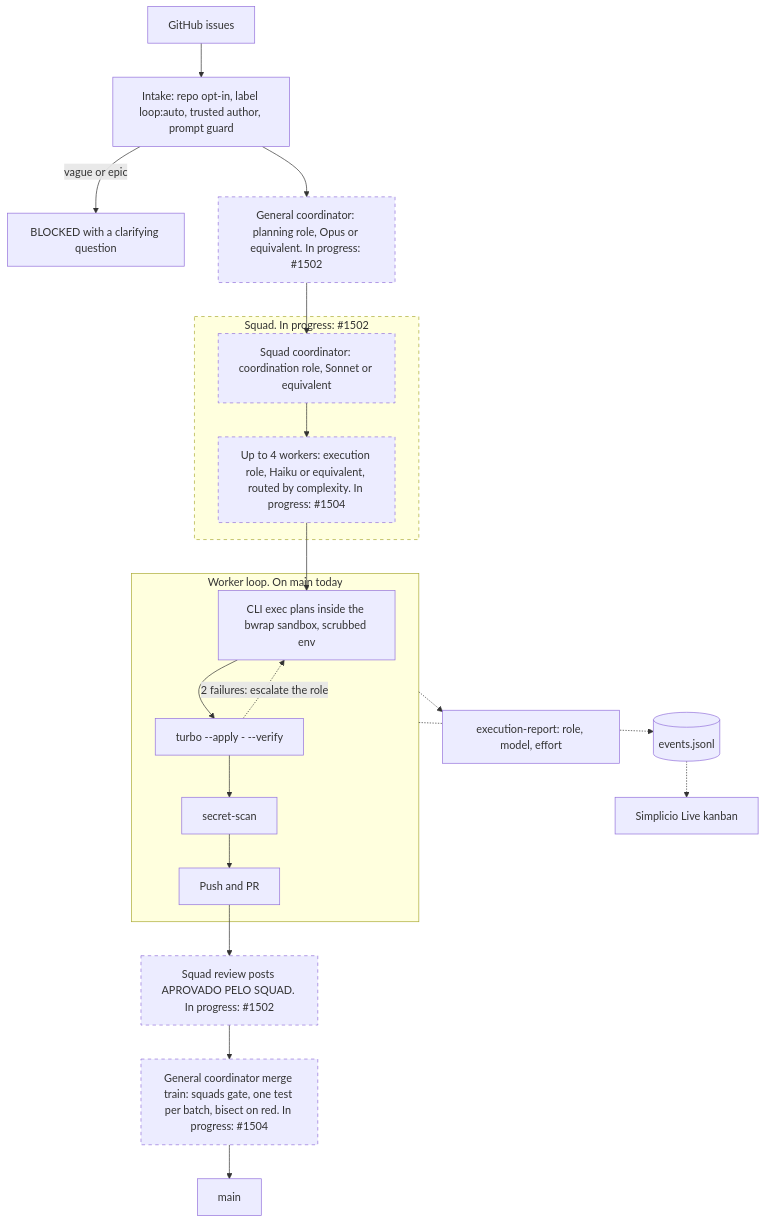
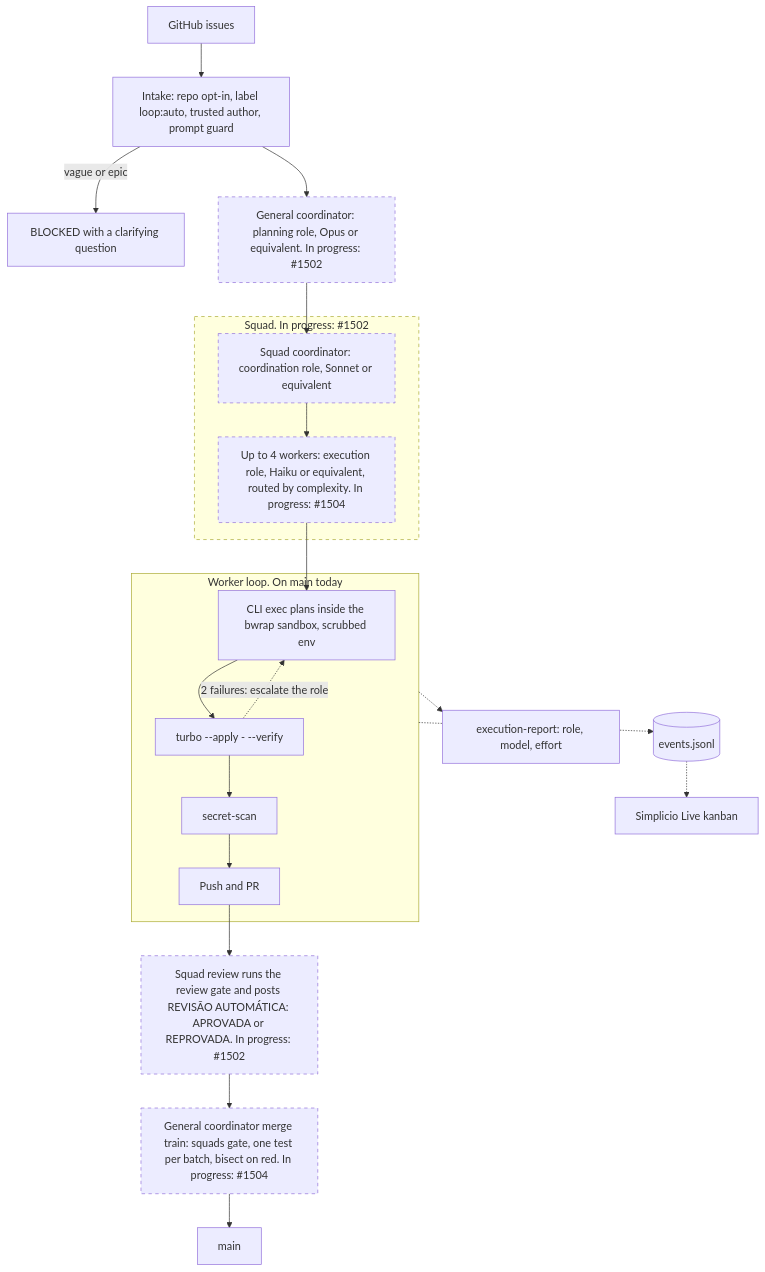
Before and after one commit to simpletibr/simplicio-loop: the second of 16 diagrams in docs/GUIDE.md, drawn with Mermaid. The commit also changed 6 other files, not shown here.

````diff
--- a/docs/GUIDE.md
+++ b/docs/GUIDE.md
@@ -80,28 +80,28 @@
 ```mermaid
 flowchart TD
   ISS["GitHub issues"] --> INT["Intake: repo opt-in, label loop:auto, trusted author, prompt guard"]
   INT -->|vague or epic| ASK["BLOCKED with a clarifying question"]
   INT --> GC["General coordinator: planning role, Opus or equivalent. In progress: #1502"]
   GC --> SC
   subgraph SQUAD["Squad. In progress: #1502"]
     SC["Squad coordinator: coordination role, Sonnet or equivalent"]
     WK["Up to 4 workers: execution role, Haiku or equivalent, routed by complexity. In progress: #1504"]
     SC --> WK
   end
   subgraph WLOOP["Worker loop. On main today"]
     PLAN["CLI exec plans inside the bwrap sandbox, scrubbed env"] --> TURBO["turbo --apply - --verify"]
     TURBO --> SCAN["secret-scan"]
     SCAN --> PR["Push and PR"]
     TURBO -. "2 failures: escalate the role" .-> PLAN
   end
   WK --> PLAN
-  PR --> REV["Squad review posts APROVADO PELO SQUAD. In progress: #1502"]
+  PR --> REV["Squad review runs the review gate and posts REVISÃO AUTOMÁTICA: APROVADA or REPROVADA. In progress: #1502"]
   REV --> MT["General coordinator merge train: squads gate, one test per batch, bisect on red. In progress: #1504"]
   MT --> MAIN["main"]
   WLOOP -.-> EVT[("events.jsonl")]
   EVT -.-> LIVE["Simplicio Live kanban"]
   WLOOP -.-> REP["execution-report: role, model, effort"]
   classDef wip stroke-dasharray: 5 5
   class GC,SC,WK,REV,MT wip
   style SQUAD stroke-dasharray: 5 5
 ```
````
